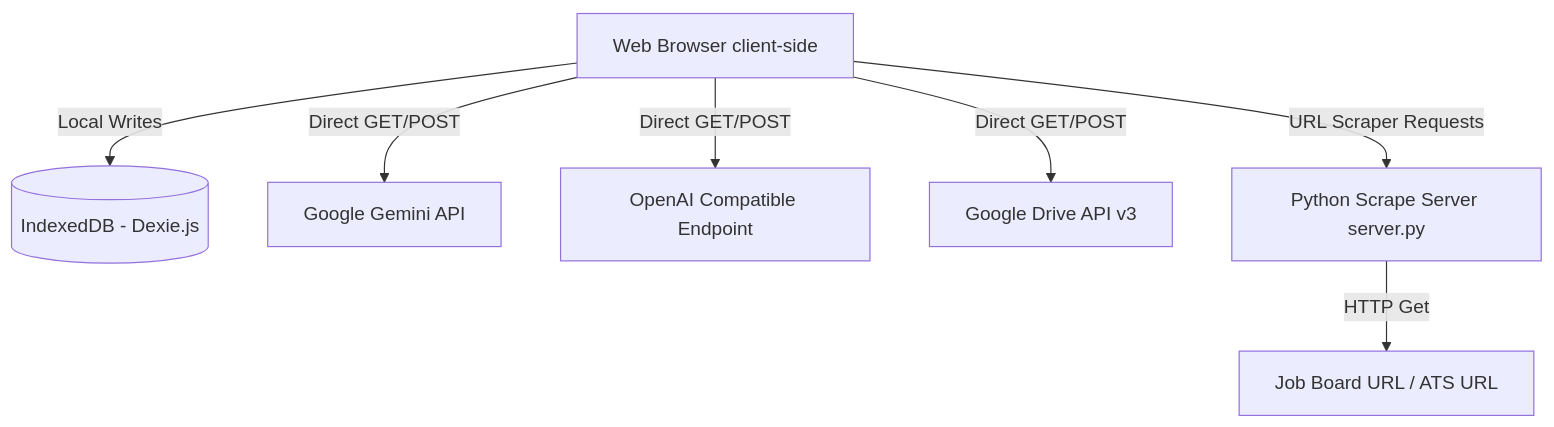
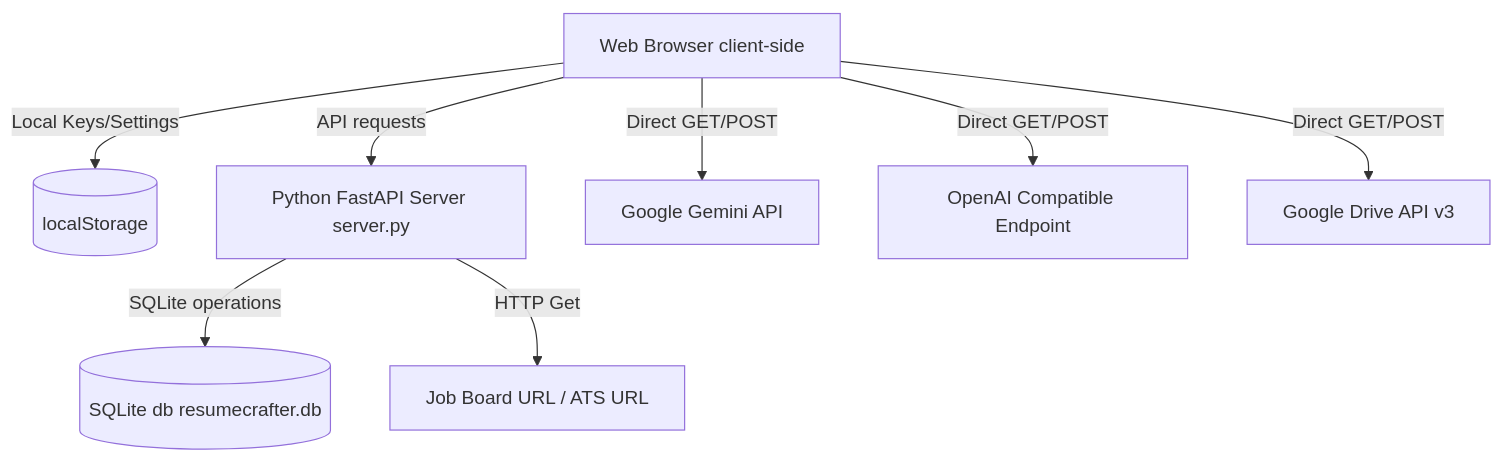
One commit to emessaar/ai-resume-crafter changed the diagram in README.md. Above: the diagram before and after it, drawn with Mermaid. The commit also changed other lines of this file, not shown here.

Commit message:
Update README.md to document FastAPI backend and SQLite database changes

````diff
--- a/README.md
+++ b/README.md
@@ -28,9 +28,10 @@
 ```mermaid
 graph TD
-    Browser[Web Browser client-side] --> |Local Writes| IndexedDB[(IndexedDB - Dexie.js)]
+    Browser[Web Browser client-side] --> |Local Keys/Settings| LocalStorage[(localStorage)]
+    Browser --> |API requests| PyServer[Python FastAPI Server server.py]
+    PyServer --> |SQLite operations| SQLite[(SQLite db resumecrafter.db)]
     Browser --> |Direct GET/POST| GeminiAPI[Google Gemini API]
     Browser --> |Direct GET/POST| OpenAICompatibleEndpoint[OpenAI Compatible Endpoint]
     Browser --> |Direct GET/POST| GoogleDrive[Google Drive API v3]
-    Browser --> |URL Scraper Requests| PyServer[Python Scrape Server server.py]
     PyServer --> |HTTP Get| ExternalJobPage[Job Board URL / ATS URL]
 ```
````
